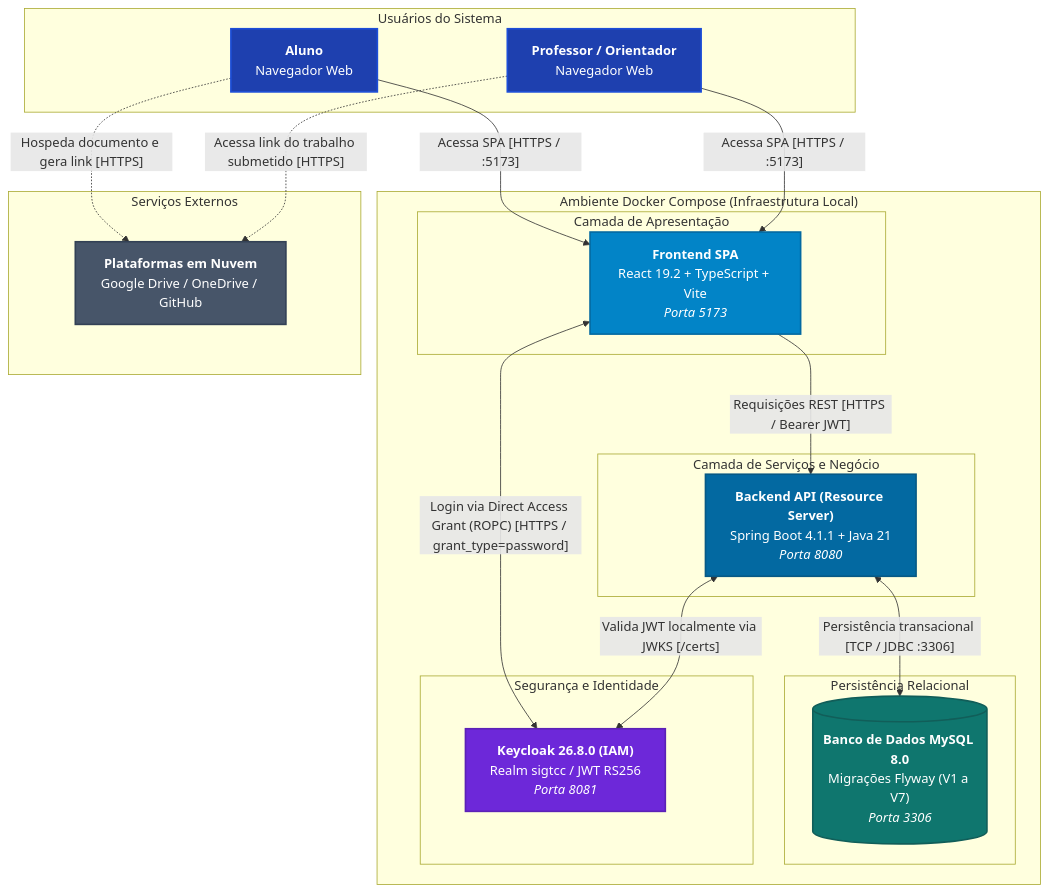
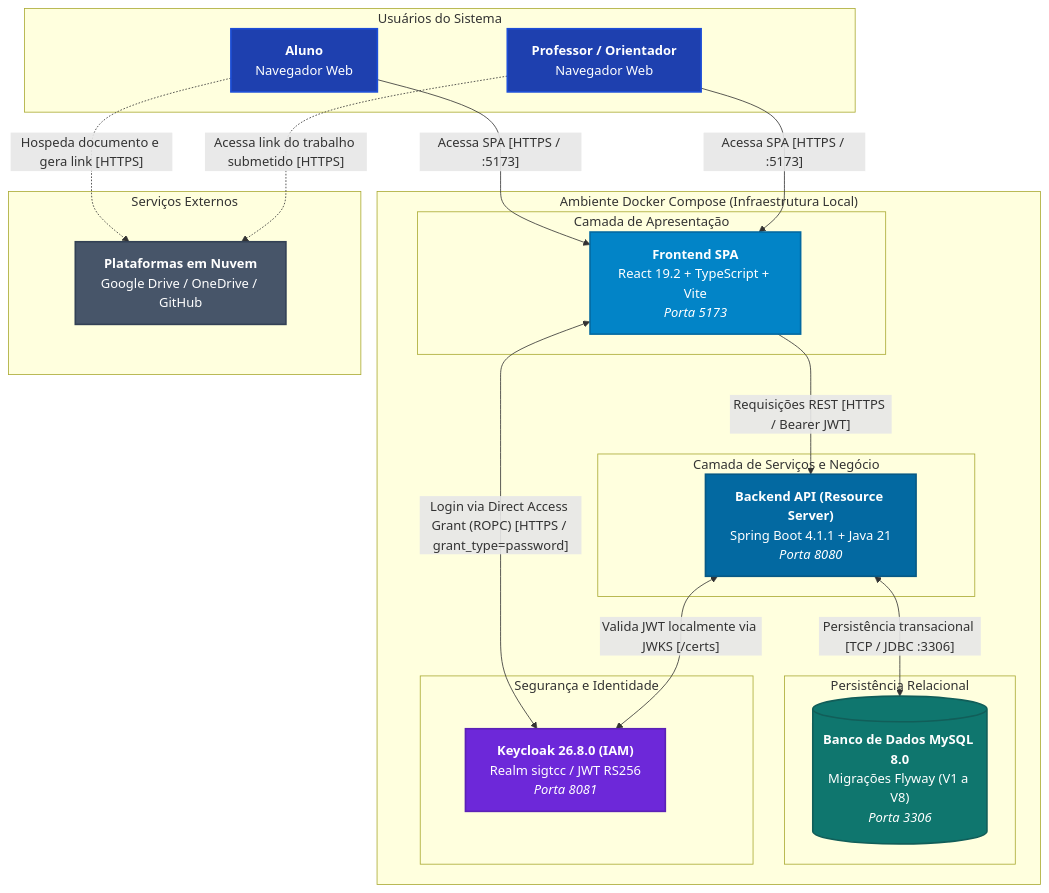
One commit to IFSC-ES2/es2-2026_2-equipe-3 changed the diagram in docs/diagramas/c2-conteineres.md. Above: the diagram before and after it, drawn with Mermaid. The commit also changed other lines of this file and 1 other file, not shown here.

Commit message:
docs(diagramas): atualiza contexto US07 no C1 e migracao V8 no C2

````diff
--- a/docs/diagramas/c2-conteineres.md
+++ b/docs/diagramas/c2-conteineres.md
@@ -9,48 +9,48 @@
 ```mermaid
 flowchart TB
     classDef actor fill:#1e40af,stroke:#1d4ed8,stroke-width:2px,color:#ffffff;
     classDef front fill:#0284c7,stroke:#0369a1,stroke-width:2px,color:#ffffff;
     classDef back fill:#0369a1,stroke:#075985,stroke-width:2px,color:#ffffff;
     classDef db fill:#0f766e,stroke:#115e59,stroke-width:2px,color:#ffffff;
     classDef iam fill:#6d28d9,stroke:#5b21b6,stroke-width:2px,color:#ffffff;
     classDef cloud fill:#475569,stroke:#334155,stroke-width:2px,color:#ffffff;
 
     subgraph Atores["Usuários do Sistema"]
         aluno["<b>Aluno</b><br/>Navegador Web"]:::actor
         professor["<b>Professor / Orientador</b><br/>Navegador Web"]:::actor
     end
 
     subgraph Docker["Ambiente Docker Compose (Infraestrutura Local)"]
         subgraph FrontCont["Camada de Apresentação"]
             frontend["<b>Frontend SPA</b><br/>React 19.2 + TypeScript + Vite<br/><i>Porta 5173</i>"]:::front
         end
 
         subgraph BackCont["Camada de Serviços e Negócio"]
             backend["<b>Backend API (Resource Server)</b><br/>Spring Boot 4.1.1 + Java 21<br/><i>Porta 8080</i>"]:::back
         end
 
         subgraph DbCont["Persistência Relacional"]
-            db[("<b>Banco de Dados MySQL 8.0</b><br/>Migrações Flyway (V1 a V7)<br/><i>Porta 3306</i>")]:::db
+            db[("<b>Banco de Dados MySQL 8.0</b><br/>Migrações Flyway (V1 a V8)<br/><i>Porta 3306</i>")]:::db
         end
 
         subgraph IamCont["Segurança e Identidade"]
             keycloak["<b>Keycloak 26.8.0 (IAM)</b><br/>Realm sigtcc / JWT RS256<br/><i>Porta 8081</i>"]:::iam
         end
     end
 
     subgraph NuvemExt["Serviços Externos"]
         nuvem["<b>Plataformas em Nuvem</b><br/>Google Drive / OneDrive / GitHub"]:::cloud
     end
 
     aluno -->|"Acessa SPA [HTTPS / :5173]"| frontend
     professor -->|"Acessa SPA [HTTPS / :5173]"| frontend
 
     frontend <-->|"Login via Direct Access Grant (ROPC) [HTTPS / grant_type=password]"| keycloak
     frontend -->|"Requisições REST [HTTPS / Bearer JWT]"| backend
 
     backend <-->|"Valida JWT localmente via JWKS [/certs]"| keycloak
     backend <-->|"Persistência transacional [TCP / JDBC :3306]"| db
 
     aluno -.->|"Hospeda documento e gera link [HTTPS]"| nuvem
     professor -.->|"Acessa link do trabalho submetido [HTTPS]"| nuvem
 ```
````
